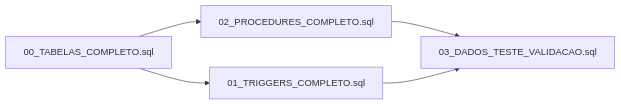
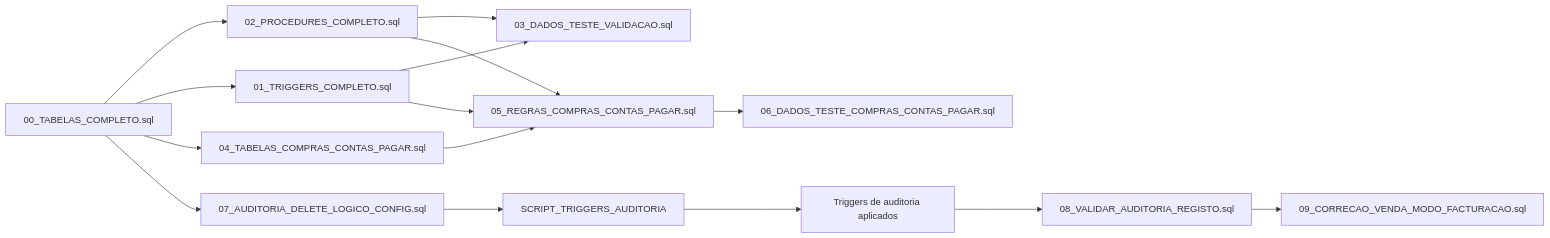
Before and after one commit to Amilcarmhula/Projeto-Sistema-de-facturacao: diagram 23 of 23 in DOCUMENTACAO_BANCO_DADOS_JM_INVSM.md, drawn with Mermaid. The commit also changed other lines of this file and 768 other files, not shown here.

````diff
--- a/DOCUMENTACAO_BANCO_DADOS_JM_INVSM.md
+++ b/DOCUMENTACAO_BANCO_DADOS_JM_INVSM.md
@@ -789,7 +1185,17 @@
 ```mermaid
 flowchart LR
     A["00_TABELAS_COMPLETO.sql"] --> B["02_PROCEDURES_COMPLETO.sql"]
     A --> C["01_TRIGGERS_COMPLETO.sql"]
     B --> D["03_DADOS_TESTE_VALIDACAO.sql"]
     C --> D
+    A --> E["04_TABELAS_COMPRAS_CONTAS_PAGAR.sql"]
+    E --> F["05_REGRAS_COMPRAS_CONTAS_PAGAR.sql"]
+    B --> F
+    C --> F
+    F --> G["06_DADOS_TESTE_COMPRAS_CONTAS_PAGAR.sql"]
+    A --> H["07_AUDITORIA_DELETE_LOGICO_CONFIG.sql"]
+    H --> I["SCRIPT_TRIGGERS_AUDITORIA"]
+    I --> J["Triggers de auditoria aplicados"]
+    J --> K["08_VALIDAR_AUDITORIA_REGISTO.sql"]
+    K --> L["09_CORRECAO_VENDA_MODO_FACTURACAO.sql"]
 ```
````
